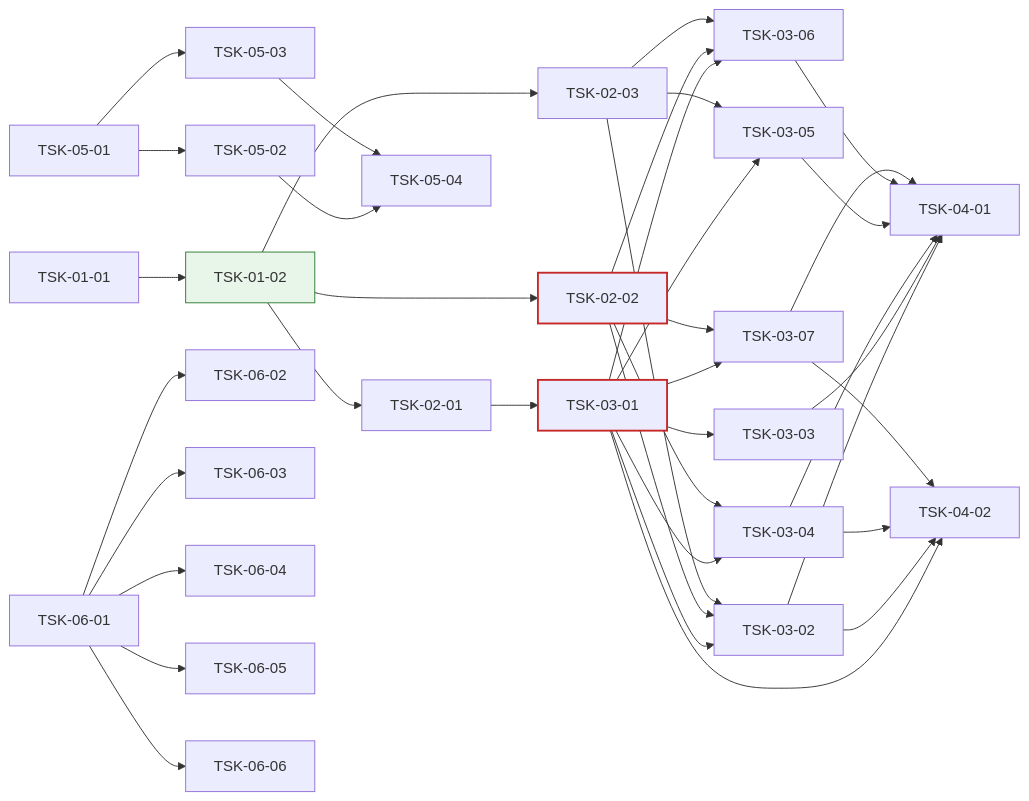
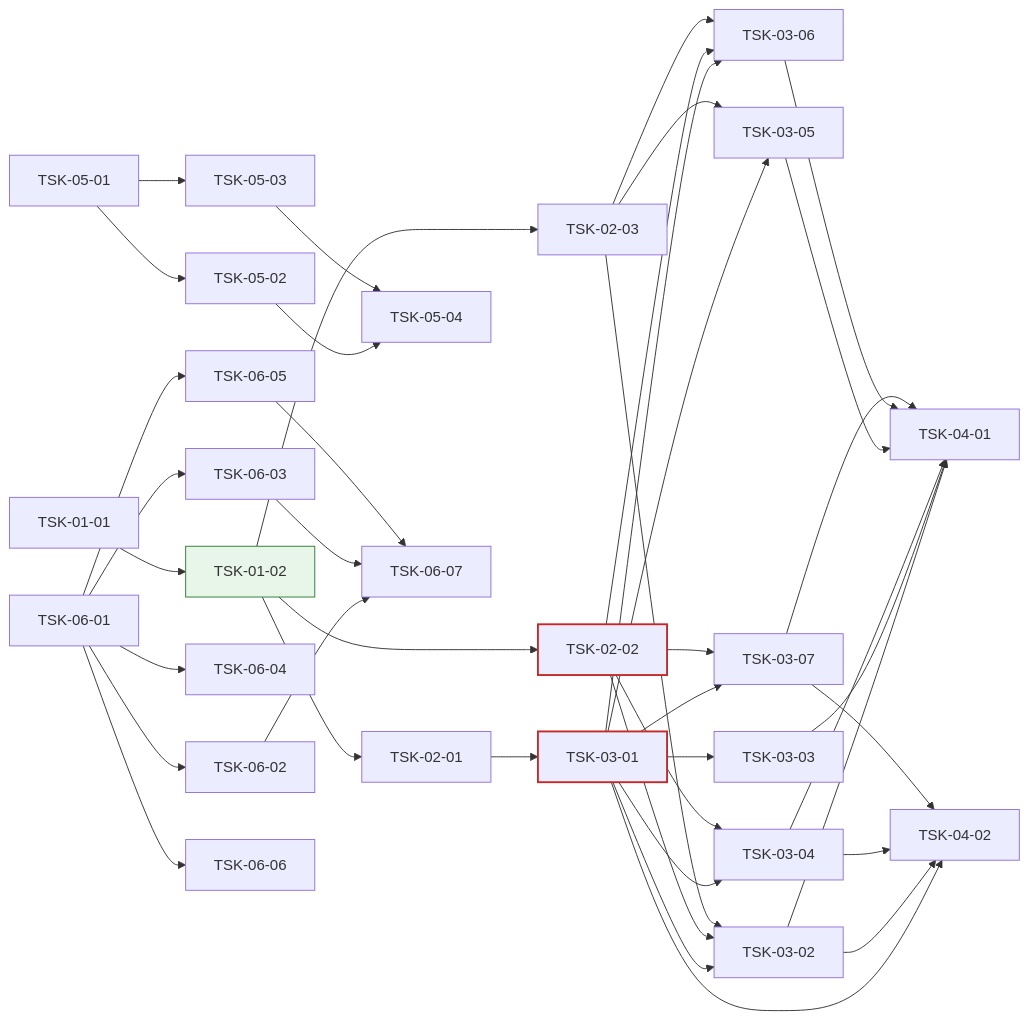
One commit to jongik-sv/oranda changed the diagram in docs/oranda1/wbs.md. Above: the diagram before and after it, drawn with Mermaid. The commit also changed other lines of this file and 1 other file, not shown here.

````diff
--- a/docs/oranda1/wbs.md
+++ b/docs/oranda1/wbs.md
@@ -396,43 +407,46 @@
 ```mermaid
 graph LR
   TSK-01-01 --> TSK-01-02
   TSK-01-02 --> TSK-02-01
   TSK-01-02 --> TSK-02-02
   TSK-01-02 --> TSK-02-03
   TSK-02-01 --> TSK-03-01
   TSK-03-01 --> TSK-03-02
   TSK-02-02 --> TSK-03-02
   TSK-02-03 --> TSK-03-02
   TSK-03-01 --> TSK-03-03
   TSK-03-01 --> TSK-03-04
   TSK-02-02 --> TSK-03-04
   TSK-03-01 --> TSK-03-05
   TSK-02-03 --> TSK-03-05
   TSK-03-01 --> TSK-03-06
   TSK-02-02 --> TSK-03-06
   TSK-02-03 --> TSK-03-06
   TSK-03-01 --> TSK-03-07
   TSK-02-02 --> TSK-03-07
   TSK-03-02 --> TSK-04-01
   TSK-03-03 --> TSK-04-01
   TSK-03-04 --> TSK-04-01
   TSK-03-05 --> TSK-04-01
   TSK-03-06 --> TSK-04-01
   TSK-03-07 --> TSK-04-01
   TSK-03-01 --> TSK-04-02
   TSK-03-02 --> TSK-04-02
   TSK-03-04 --> TSK-04-02
   TSK-03-07 --> TSK-04-02
   TSK-05-01 --> TSK-05-02
   TSK-05-01 --> TSK-05-03
   TSK-05-02 --> TSK-05-04
   TSK-05-03 --> TSK-05-04
   TSK-06-01 --> TSK-06-02
   TSK-06-01 --> TSK-06-03
   TSK-06-01 --> TSK-06-04
   TSK-06-01 --> TSK-06-05
   TSK-06-01 --> TSK-06-06
+  TSK-06-02 --> TSK-06-07
+  TSK-06-03 --> TSK-06-07
+  TSK-06-05 --> TSK-06-07
   style TSK-01-02 fill:#e8f5e9,stroke:#2e7d32
   style TSK-03-01 stroke:#c62828,stroke-width:2px
   style TSK-02-02 stroke:#c62828,stroke-width:2px
 ```
````
